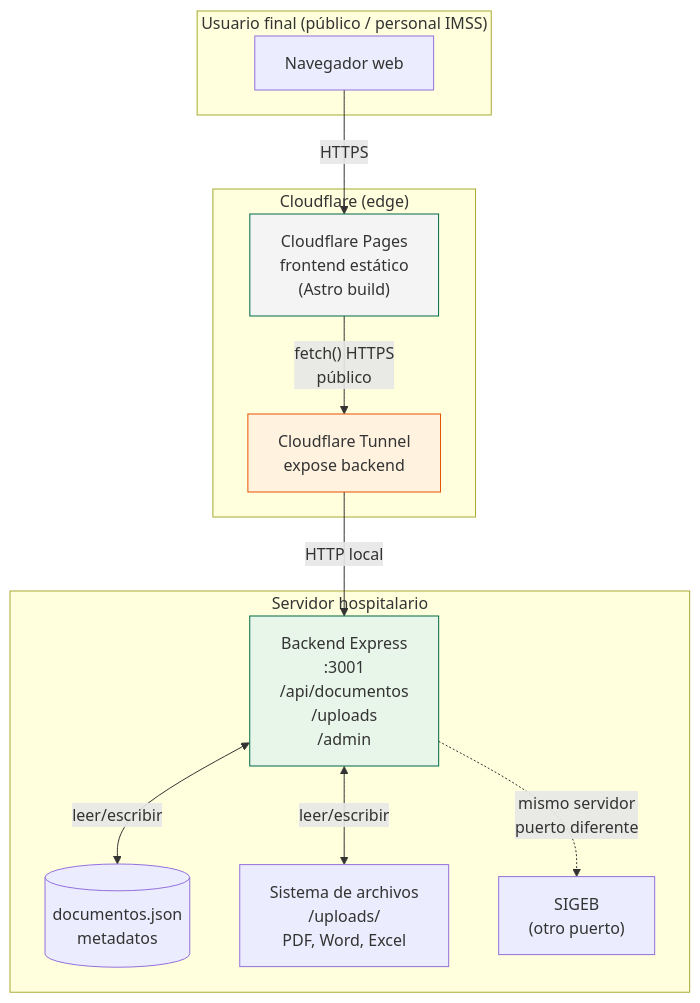
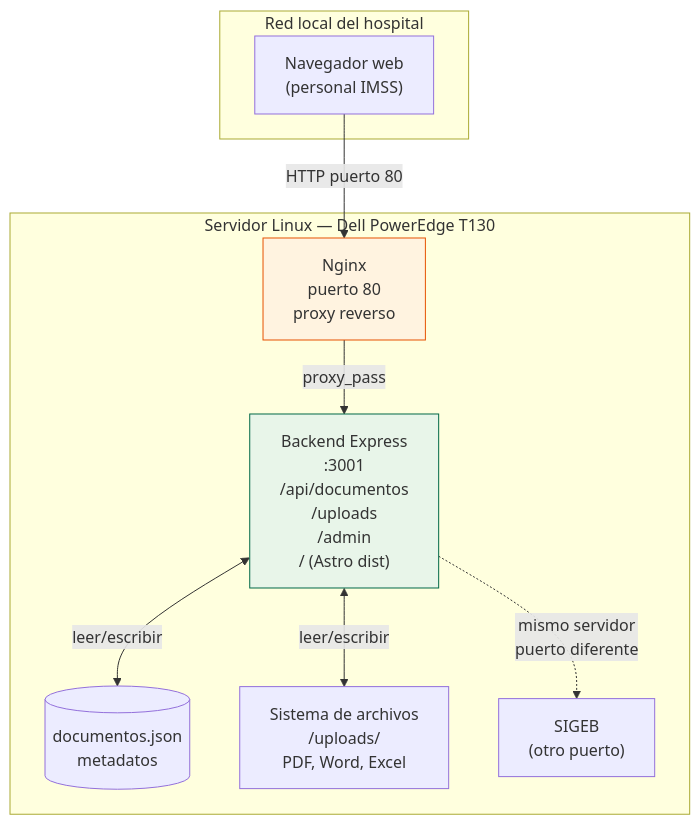
The first of 6 diagrams in MERMAID.md (Nerfe5/portal-umae), drawn with Mermaid before and after one commit. The commit also changed other lines of this file and 10 other files, not shown here.

First line of the commit message:
feat(deploy): arquitectura local unificada, Nginx, Dockerfile multi-stage y docs actualizados

````diff
--- a/MERMAID.md
+++ b/MERMAID.md
@@ -7,29 +7,23 @@
 ```mermaid
 graph TB
-    subgraph "Usuario final (público / personal IMSS)"
-        Browser["Navegador web"]
+    subgraph "Red local del hospital"
+        Browser["Navegador web\n(personal IMSS)"]
     end
 
-    subgraph "Cloudflare (edge)"
-        CF_Pages["Cloudflare Pages\nfrontend estático\n(Astro build)"]
-        CF_Tunnel["Cloudflare Tunnel\nexpose backend"]
-    end
-
-    subgraph "Servidor hospitalario"
-        Backend["Backend Express\n:3001\n/api/documentos\n/uploads\n/admin"]
+    subgraph "Servidor Linux — Dell PowerEdge T130"
+        Nginx["Nginx\npuerto 80\nproxy reverso"]
+        Backend["Backend Express\n:3001\n/api/documentos\n/uploads\n/admin\n/ (Astro dist)"]
         JSON_Store[("documentos.json\nmetadatos")]
         FS["Sistema de archivos\n/uploads/\nPDF, Word, Excel"]
         SIGEB["SIGEB\n(otro puerto)"]
     end
 
-    Browser -->|"HTTPS"| CF_Pages
-    CF_Pages -->|"fetch() HTTPS\npúblico"| CF_Tunnel
-    CF_Tunnel -->|"HTTP local"| Backend
+    Browser -->|"HTTP puerto 80"| Nginx
+    Nginx -->|"proxy_pass"| Backend
     Backend <-->|"leer/escribir"| JSON_Store
     Backend <-->|"leer/escribir"| FS
     Backend -.->|"mismo servidor\npuerto diferente"| SIGEB
 
-    style CF_Pages fill:#f4f4f4,stroke:#006847
+    style Nginx fill:#fff3e0,stroke:#e65100
     style Backend fill:#e8f5e9,stroke:#006847
-    style CF_Tunnel fill:#fff3e0,stroke:#e65100
 ```
````
